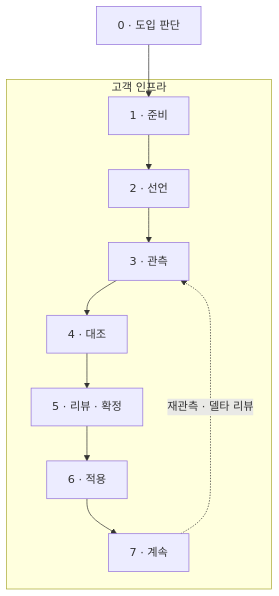
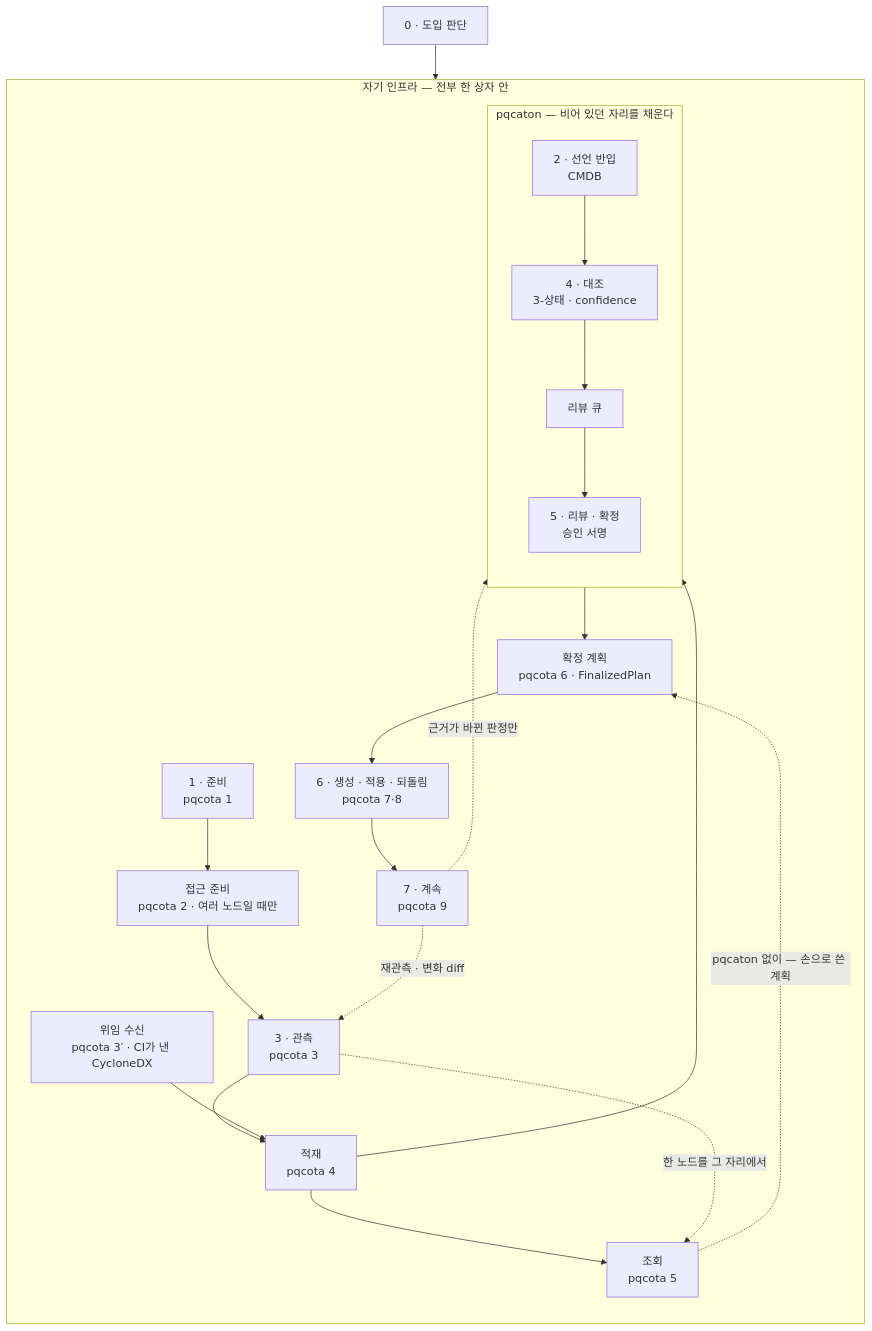
One commit to sntsoftgit/pqcaton changed the first of 2 diagrams in docs/journey.md. Above: the diagram before and after it, drawn with Mermaid. The commit also changed other lines of this file and 1 other file, not shown here.

First line of the commit message:
한눈에 그림이 pqcota 여정을 통째로 담게 한다

````diff
--- a/docs/journey.md
+++ b/docs/journey.md
@@ -17,15 +21,31 @@
 ```mermaid
 flowchart TB
     A["0 · 도입 판단"] --> B
 
-    subgraph 준비["고객 인프라"]
-      B["1 · 준비"] --> C["2 · 선언"]
-      C --> D["3 · 관측"]
-      D --> E["4 · 대조"]
-      E --> F["5 · 리뷰 · 확정"]
-      F --> G["6 · 적용"]
-      G --> H["7 · 계속"]
+    subgraph infra["자기 인프라 — 전부 한 상자 안"]
+      direction TB
+
+      B["1 · 준비<br/>pqcota 1"] --> C["접근 준비<br/>pqcota 2 · 여러 노드일 때만"]
+      C --> D["3 · 관측<br/>pqcota 3"]
+      D --> E["적재<br/>pqcota 4"]
+      W["위임 수신<br/>pqcota 3′ · CI가 낸 CycloneDX"] --> E
+      E --> F["조회<br/>pqcota 5"]
+
+      subgraph us["pqcaton — 비어 있던 자리를 채운다"]
+        direction TB
+        P["2 · 선언 반입<br/>CMDB"] --> Q["4 · 대조<br/>3-상태 · confidence"]
+        Q --> R["리뷰 큐"]
+        R --> S["5 · 리뷰 · 확정<br/>승인 서명"]
+      end
+
+      E --> Q
+      S --> G["확정 계획<br/>pqcota 6 · FinalizedPlan"]
+      G --> H["6 · 생성 · 적용 · 되돌림<br/>pqcota 7·8"]
+      H --> J["7 · 계속<br/>pqcota 9"]
     end
 
-    H -.->|"재관측 · 델타 리뷰"| D
+    F -.->|"pqcaton 없이 — 손으로 쓴 계획"| G
+    D -.->|"한 노드를 그 자리에서"| F
+    J -.->|"재관측 · 변화 diff"| D
+    J -.->|"근거가 바뀐 판정만"| R
 ```
````
